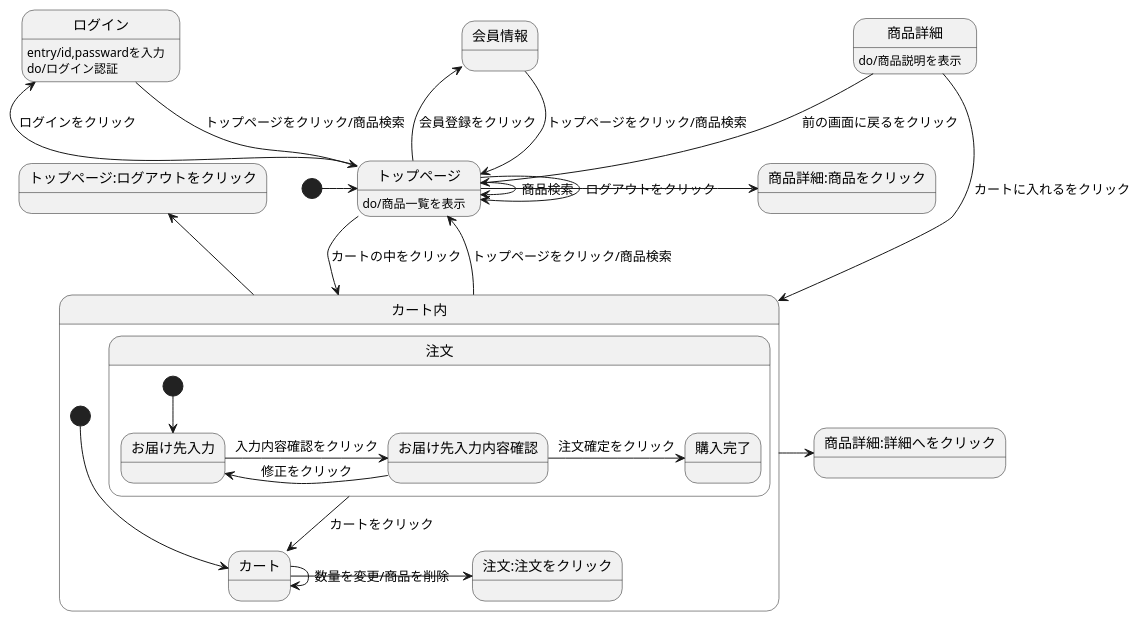
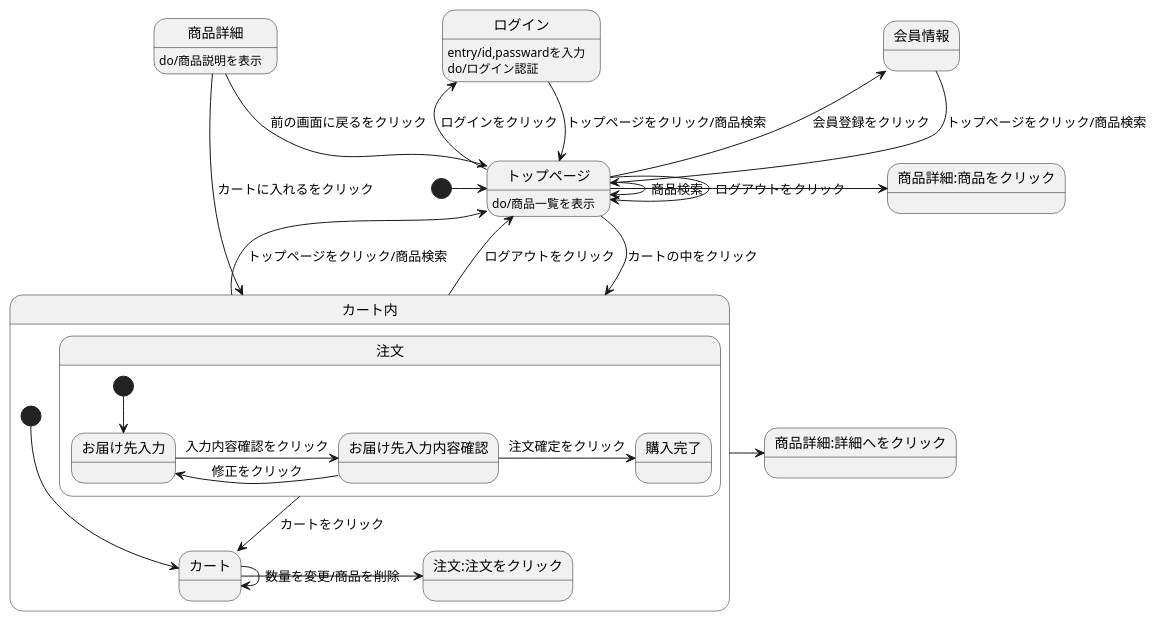
Before and after one commit to Aso2001376/2021sys-design: the diagram in toppage.md, drawn with PlantUML.

````diff
--- a/toppage.md
+++ b/toppage.md
@@ -1,35 +1,35 @@
 ```uml
 @startuml
 [*] -> トップページ
 会員情報 --> トップページ : トップページをクリック/商品検索
 ログイン --> トップページ : トップページをクリック/商品検索
 ログイン : entry/id,passwardを入力
 ログイン : do/ログイン認証
 トップページ --> トップページ : ログアウトをクリック
 トップページ -> トップページ : 商品検索
 トップページ -> 商品詳細:商品をクリック
 トップページ -left-> 会員情報 : 会員登録をクリック
 トップページ -left-> ログイン : ログインをクリック
 トップページ --> カート内 : カートの中をクリック
 トップページ : do/商品一覧を表示
 商品詳細 --> カート内 : カートに入れるをクリック
 商品詳細 --> トップページ : 前の画面に戻るをクリック
 商品詳細 : do/商品説明を表示
-カート内 -up-> トップページ:トップページをクリック/商品検索
-カート内 -up-> トップページ:ログアウトをクリック
+カート内 -up-> トップページ : トップページをクリック/商品検索
+カート内 -up-> トップページ : ログアウトをクリック
 カート内 -> 商品詳細:詳細へをクリック
 
 state カート内{
 [*]--> カート
 カート-> 注文:注文をクリック
 カート->カート: 数量を変更/商品を削除
 注文 --> カート: カートをクリック
 state 注文{
 [*] --> お届け先入力
 お届け先入力 -> お届け先入力内容確認: 入力内容確認をクリック
 お届け先入力内容確認 -> お届け先入力: 修正をクリック
 お届け先入力内容確認 -> 購入完了: 注文確定をクリック
   }
  }
 @enduml
 ```
````
